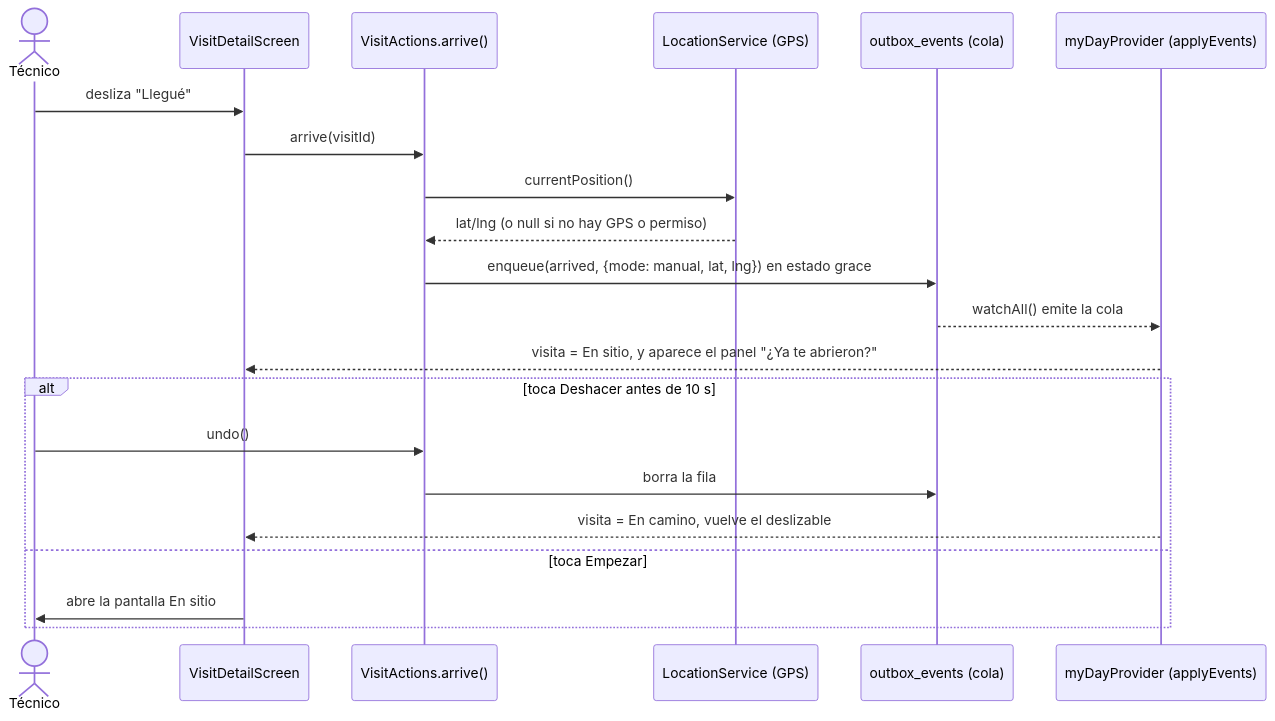
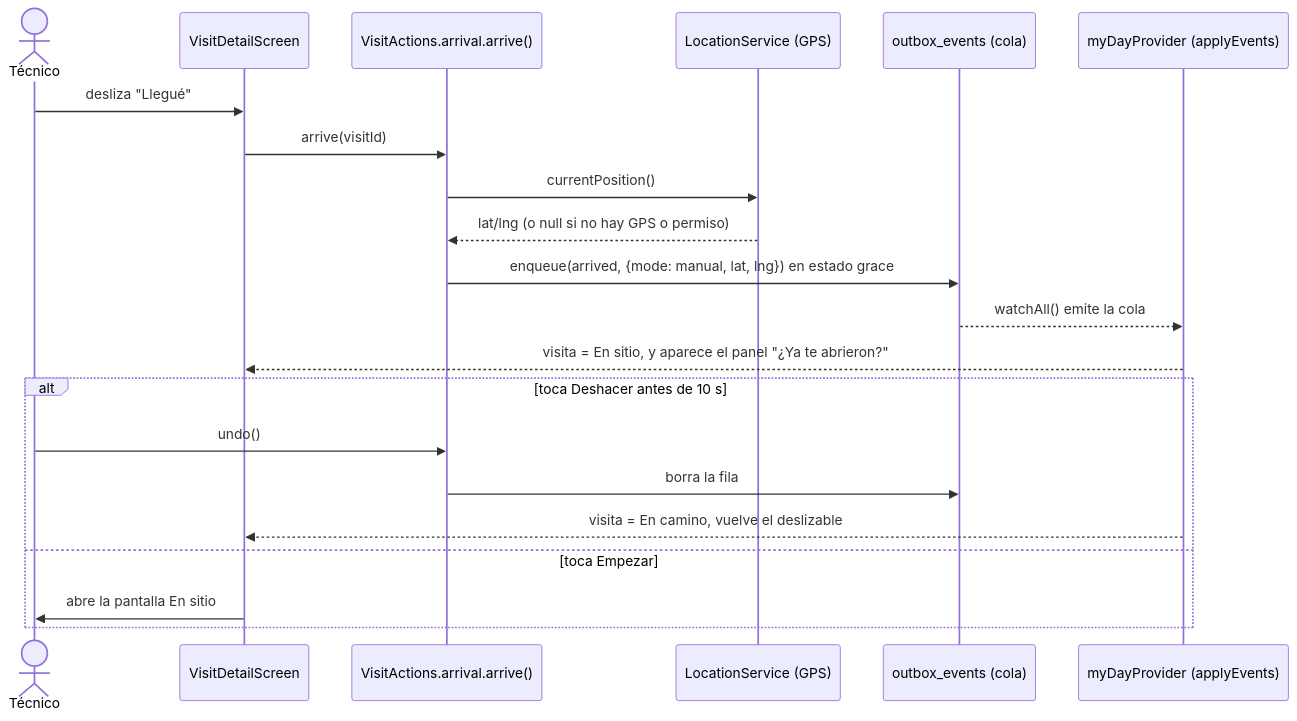
Before and after one commit to edggclu/rutas_app: the fifth of 8 diagrams in README.md, drawn with Mermaid. The commit also changed other lines of this file and 12 other files, not shown here.

````diff
--- a/README.md
+++ b/README.md
@@ -208,24 +216,24 @@
 ```mermaid
 sequenceDiagram
     actor T as Técnico
     participant D as VisitDetailScreen
-    participant A as VisitActions.arrive()
+    participant A as VisitActions.arrival.arrive()
     participant L as LocationService (GPS)
     participant O as outbox_events (cola)
     participant S as myDayProvider (applyEvents)
 
     T->>D: desliza "Llegué"
     D->>A: arrive(visitId)
     A->>L: currentPosition()
     L-->>A: lat/lng (o null si no hay GPS o permiso)
     A->>O: enqueue(arrived, {mode: manual, lat, lng}) en estado grace
     O-->>S: watchAll() emite la cola
     S-->>D: visita = En sitio, y aparece el panel "¿Ya te abrieron?"
     alt toca Deshacer antes de 10 s
         T->>A: undo()
         A->>O: borra la fila
         S-->>D: visita = En camino, vuelve el deslizable
     else toca Empezar
         D->>T: abre la pantalla En sitio
     end
 ```
````
